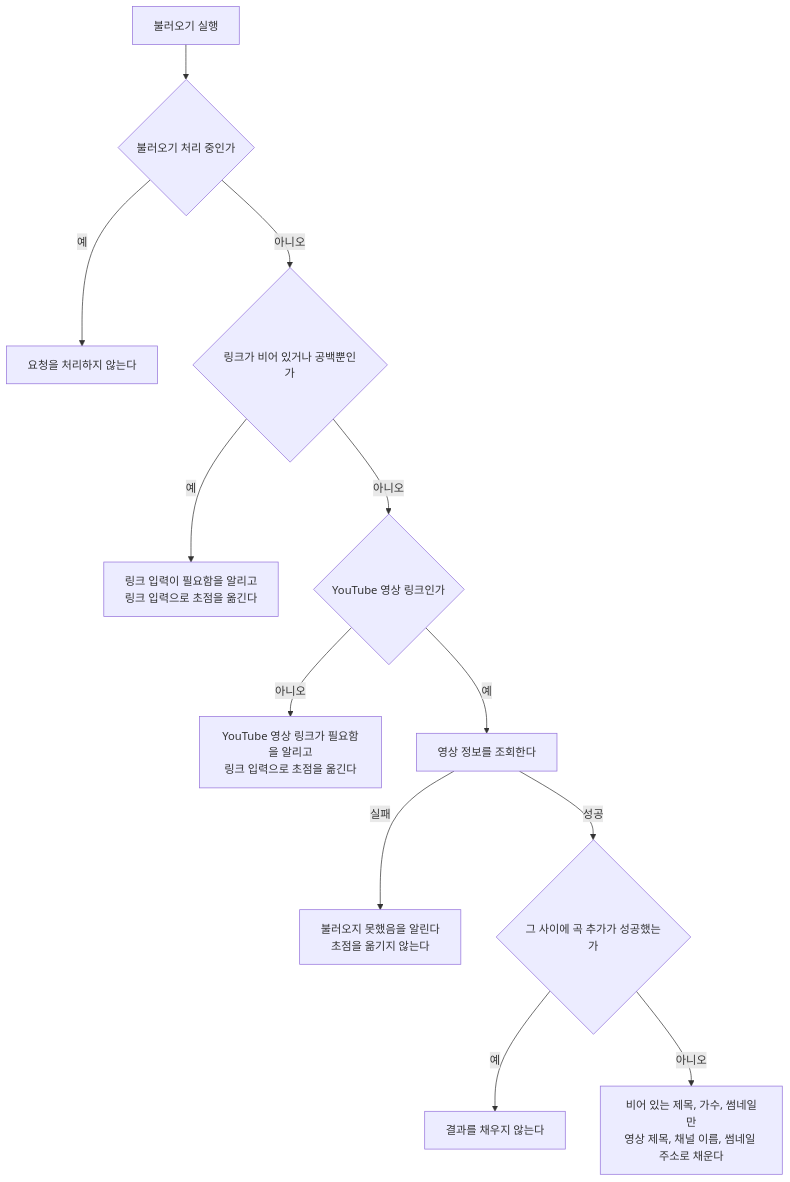
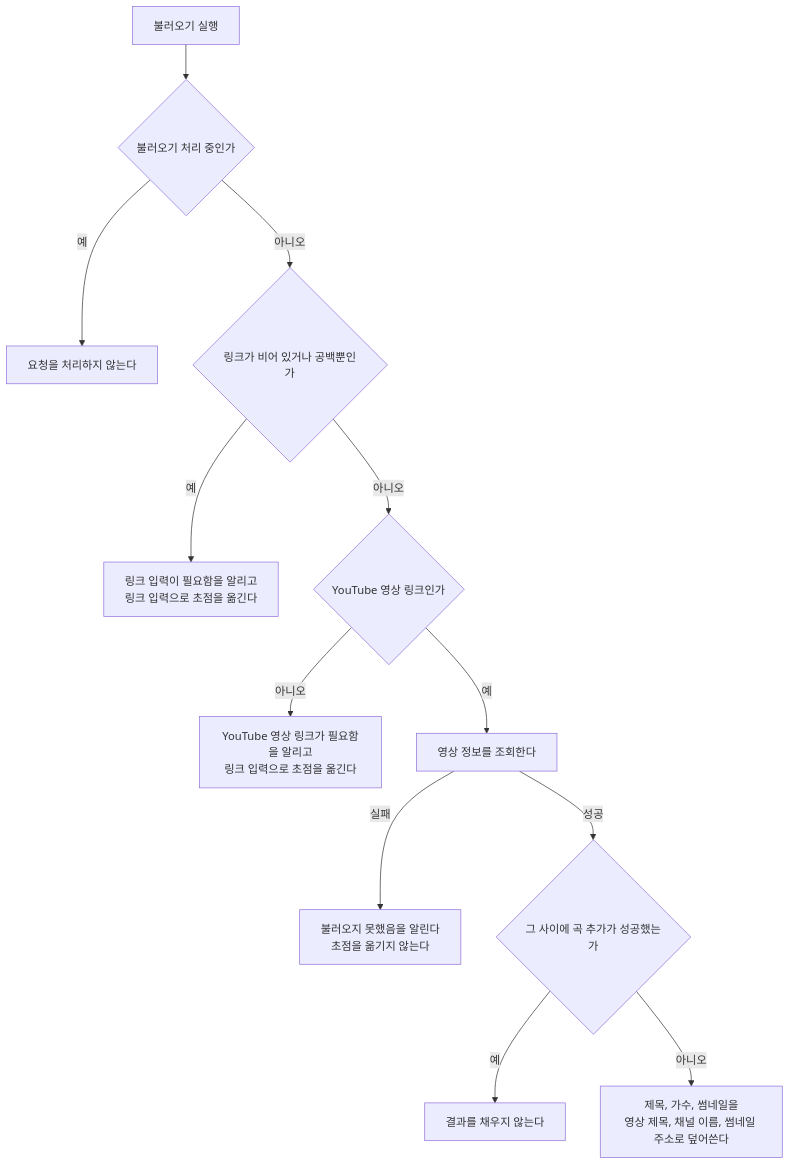
The diagram in docs/spec/music-add.md (taetae98coding/DiaryKMP), drawn with Mermaid before and after one commit. The commit also changed other lines of this file and 17 other files, not shown here.

````diff
--- a/docs/spec/music-add.md
+++ b/docs/spec/music-add.md
@@ -133,14 +135,14 @@
 ```mermaid
 flowchart TD
     Start["불러오기 실행"] --> InProgress{"불러오기 처리 중인가"}
     InProgress -- "예" --> Ignore["요청을 처리하지 않는다"]
     InProgress -- "아니오" --> Blank{"링크가 비어 있거나 공백뿐인가"}
     Blank -- "예" --> LinkBlank["링크 입력이 필요함을 알리고<br/>링크 입력으로 초점을 옮긴다"]
     Blank -- "아니오" --> Youtube{"YouTube 영상 링크인가"}
     Youtube -- "아니오" --> LinkInvalid["YouTube 영상 링크가 필요함을 알리고<br/>링크 입력으로 초점을 옮긴다"]
     Youtube -- "예" --> Fetch["영상 정보를 조회한다"]
     Fetch -- "실패" --> FetchFailed["불러오지 못했음을 알린다<br/>초점을 옮기지 않는다"]
     Fetch -- "성공" --> Cleared{"그 사이에 곡 추가가 성공했는가"}
     Cleared -- "예" --> Discard["결과를 채우지 않는다"]
-    Cleared -- "아니오" --> Fill["비어 있는 제목, 가수, 썸네일만<br/>영상 제목, 채널 이름, 썸네일 주소로 채운다"]
+    Cleared -- "아니오" --> Fill["제목, 가수, 썸네일을<br/>영상 제목, 채널 이름, 썸네일 주소로 덮어쓴다"]
 ```
````
